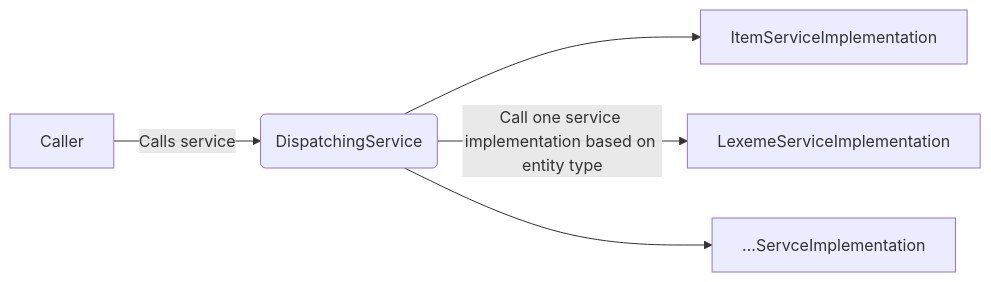
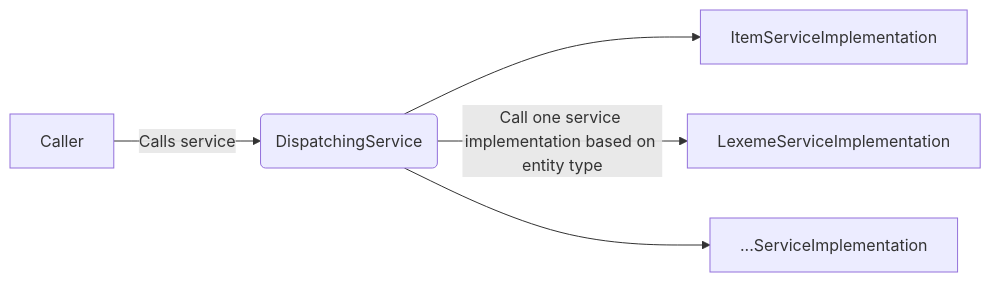
Before and after one commit to wmde/wikidata-wikibase-architecture: the diagram in Concepts.md, drawn with Mermaid. The commit also changed other lines of this file, not shown here.

````diff
--- a/Concepts.md
+++ b/Concepts.md
@@ -47,7 +47,7 @@
 ```mermaid
 graph LR
 A[Caller] -->|Calls service| B(DispatchingService)
 B -->D[ItemServiceImplementation]
 B -->|Call one service implementation based on entity type| E[LexemeServiceImplementation]
-B -->F[...ServceImplementation]
+B -->F[...ServiceImplementation]
 ```
````
